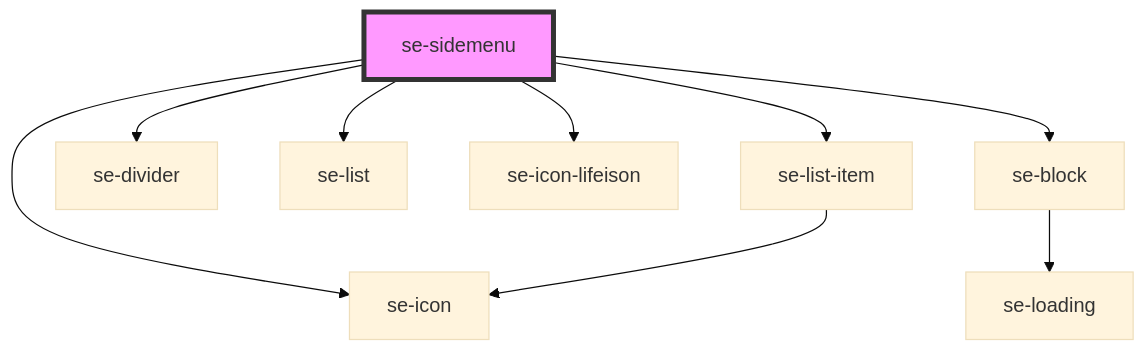
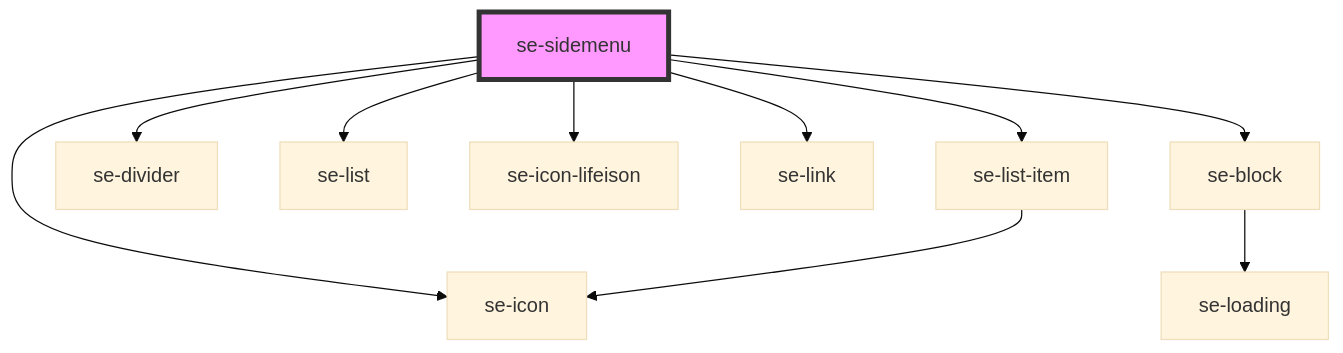
One commit to robbiemcmullense/se-web-ui changed the diagram in src-core/src/components/sidemenu/readme.md. Above: the diagram before and after it, drawn with Mermaid (base theme). The commit also changed 5 other files, not shown here.

````diff
--- a/src-core/src/components/sidemenu/readme.md
+++ b/src-core/src/components/sidemenu/readme.md
@@ -41,12 +41,13 @@
 ```mermaid
 graph TD;
   se-sidemenu --> se-list-item
   se-sidemenu --> se-icon
   se-sidemenu --> se-divider
   se-sidemenu --> se-list
   se-sidemenu --> se-icon-lifeison
+  se-sidemenu --> se-link
   se-sidemenu --> se-block
   se-list-item --> se-icon
   se-block --> se-loading
   style se-sidemenu fill:#f9f,stroke:#333,stroke-width:4px
 ```
````
